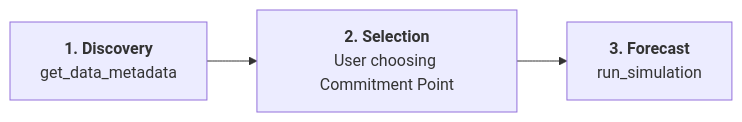
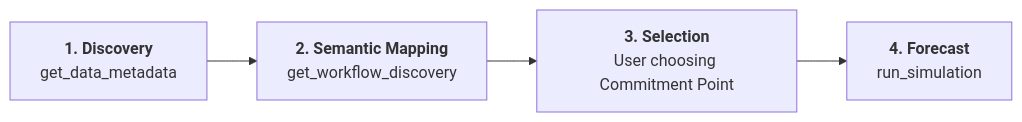
One commit to bbak/mcs-mcp changed the diagram in docs/architecture.md. Above: the diagram before and after it, drawn with Mermaid. The commit also changed other lines of this file and 8 other files, not shown here.

First line of the commit message:
feat: implement status-granular flow analytics and meta-workflow tiers

````diff
--- a/docs/architecture.md
+++ b/docs/architecture.md
@@ -21,5 +16,6 @@
 ```mermaid
 graph LR
-    A["<b>1. Discovery</b><br/>get_data_metadata"] --> B["<b>2. Selection</b><br/>User choosing Commitment Point"]
-    B --> C["<b>3. Forecast</b><br/>run_simulation"]
+    A["<b>1. Discovery</b><br/>get_data_metadata"] --> B["<b>2. Semantic Mapping</b><br/>get_workflow_discovery"]
+    B --> C["<b>3. Selection</b><br/>User choosing Commitment Point"]
+    C --> D["<b>4. Forecast</b><br/>run_simulation"]
 ```
````
